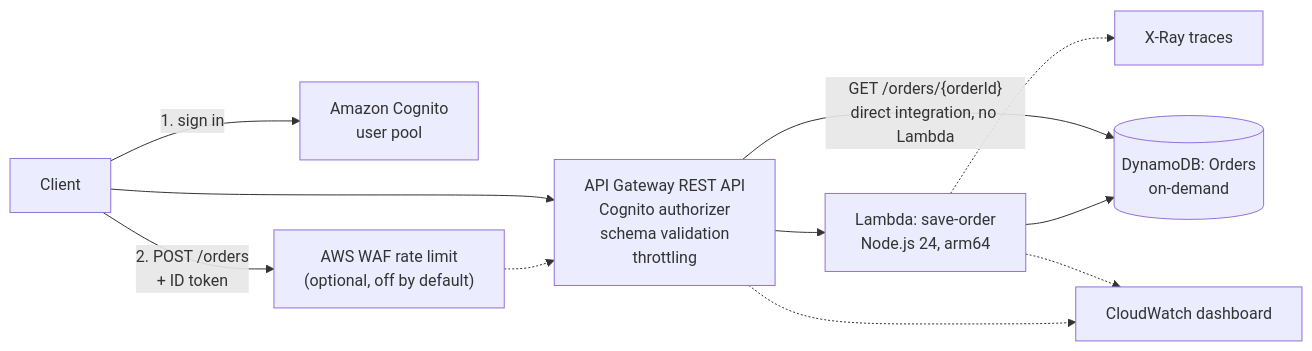
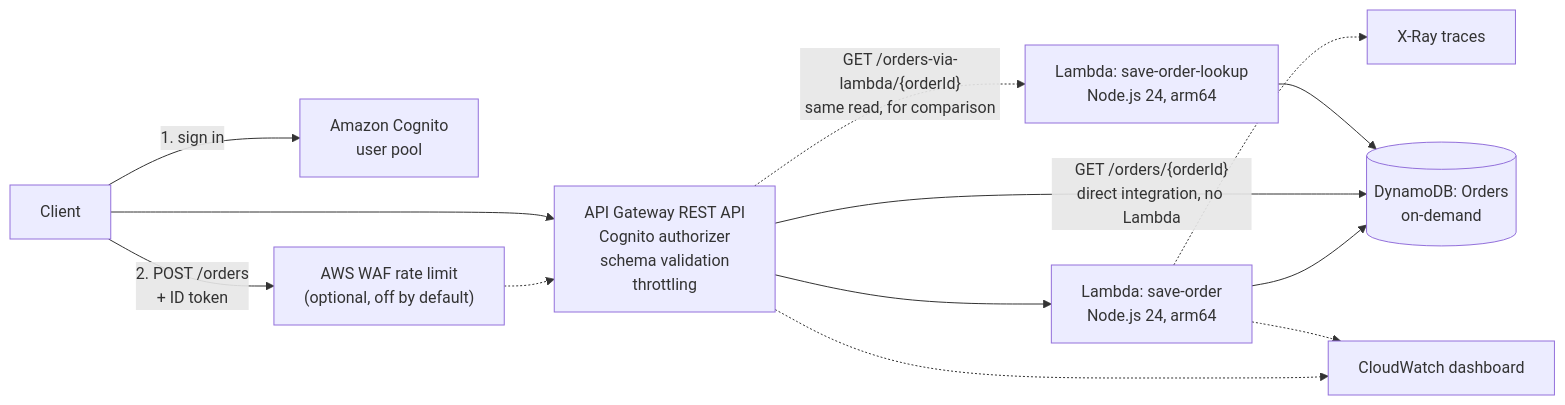
One commit to bdahiya2007/secure-serverless-api-aws changed the first of 2 diagrams in README.md. Above: the diagram before and after it, drawn with Mermaid. The commit also changed other lines of this file and 15 other files, not shown here.

First line of the commit message:
Add a Lambda-based read (GET /orders-via-lambda/{orderId}) alongside the direct DynamoDB read

````diff
--- a/README.md
+++ b/README.md
@@ -16,13 +17,15 @@
 ```mermaid
 flowchart LR
   C["Client"] -->|"1. sign in"| CG["Amazon Cognito<br/>user pool"]
   C -->|"2. POST /orders<br/>+ ID token"| WAF["AWS WAF rate limit<br/>(optional, off by default)"]
   WAF -.-> APIGW
   C --> APIGW["API Gateway REST API<br/>Cognito authorizer<br/>schema validation<br/>throttling"]
   APIGW --> L["Lambda: save-order<br/>Node.js 24, arm64"]
   L --> D[("DynamoDB: Orders<br/>on-demand")]
   APIGW -->|"GET /orders/{orderId}<br/>direct integration, no Lambda"| D
+  APIGW -.->|"GET /orders-via-lambda/{orderId}<br/>same read, for comparison"| L2["Lambda: save-order-lookup<br/>Node.js 24, arm64"]
+  L2 --> D
   L -.-> X["X-Ray traces"]
   APIGW -.-> CW["CloudWatch dashboard"]
   L -.-> CW
 ```
````
